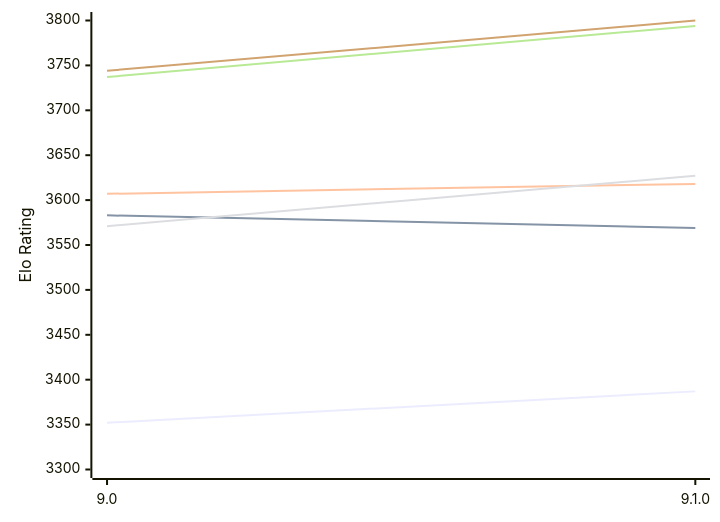
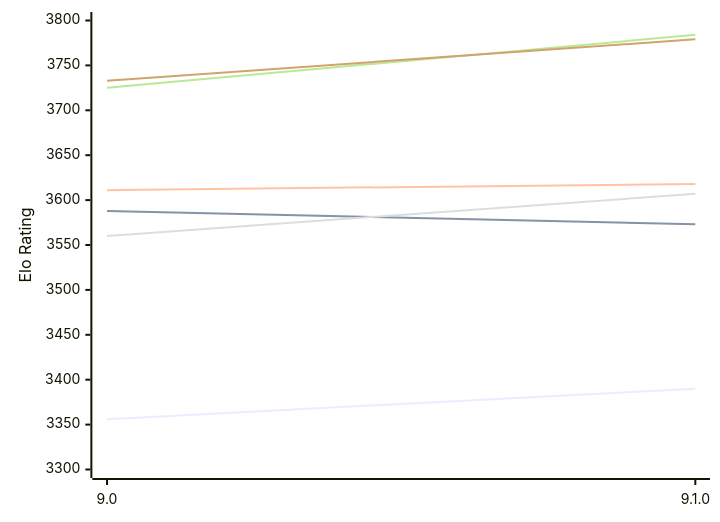
Before and after one commit to computer-chess-index/cci: the first of 2 diagrams in engines/Alexandria.md, drawn with Mermaid. The commit also changed other lines of this file, not shown here.

Commit message:
Update CCI Ratings (ELO VLTC) - 2026-10-13

````diff
--- a/engines/Alexandria.md
+++ b/engines/Alexandria.md
@@ -54,12 +54,12 @@
 ```mermaid
 %%{init: {"theme":"base","themeVariables":{"seriesColors:['#a3a3a3','#222221','#faa371']}}}%%
 xychart-beta
   x-axis ["9.0", "9.1.0"]
   y-axis "Elo Rating" 3300 --> 3800
-  line "E1: STC (8.0+0.08s)" [3352, 3387]
-  line "E1: LTC (60.0+0.60s)" [3583, 3569]
-  line "E1: VLTC (2m24s+1.12s)" [3607, 3618]
-  line "P1: STC (8.0+0.08s)" [3571, 3627]
-  line "P1: LTC (60.0+0.60s)" [3737, 3794]
-  line "P1: VLTC (2m24s+1.12s)" [3744, 3800]
+  line "E1: STC (8.0+0.08s)" [3356, 3390]
+  line "E1: LTC (60.0+0.60s)" [3588, 3573]
+  line "E1: VLTC (2m24s+1.12s)" [3611, 3618]
+  line "P1: STC (8.0+0.08s)" [3560, 3607]
+  line "P1: LTC (60.0+0.60s)" [3725, 3784]
+  line "P1: VLTC (2m24s+1.12s)" [3733, 3779]
 ```
````
